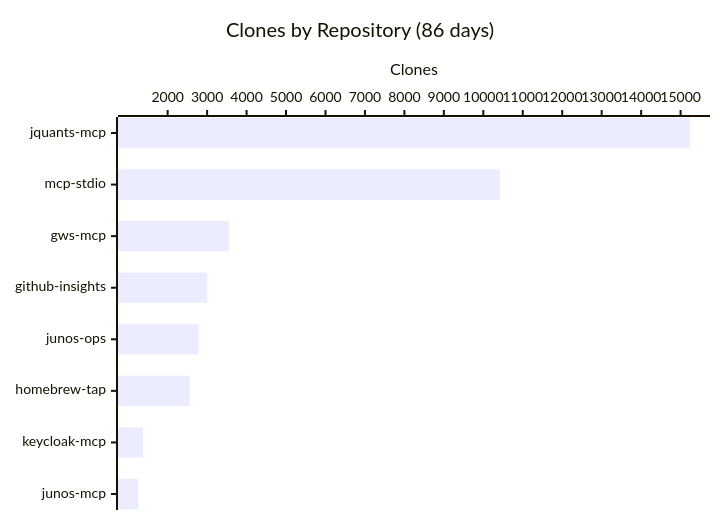
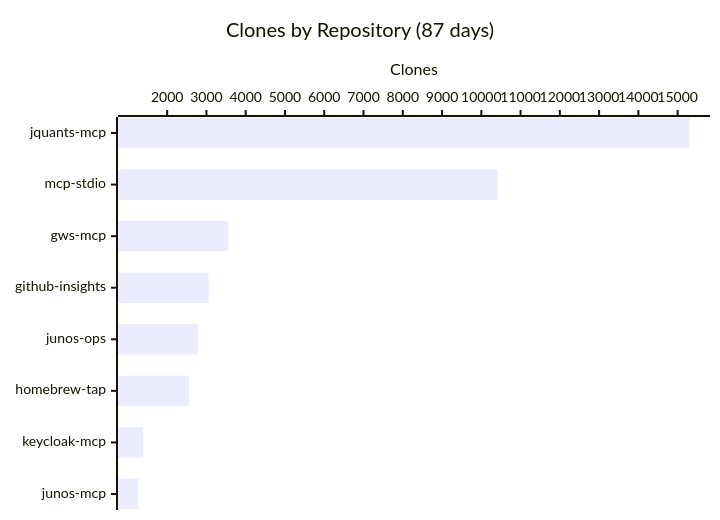
Before and after one commit to shigechika/github-insights: the third of 3 diagrams in README.md, drawn with Mermaid. The commit also changed other lines of this file and 2 other files, not shown here.

````diff
--- a/README.md
+++ b/README.md
@@ -43,7 +43,7 @@
 ```mermaid
 xychart-beta horizontal
-    title "Clones by Repository (86 days)"
+    title "Clones by Repository (87 days)"
     x-axis ["jquants-mcp", "mcp-stdio", "gws-mcp", "github-insights", "junos-ops", "homebrew-tap", "keycloak-mcp", "junos-mcp"]
     y-axis "Clones"
-    bar [15231, 10415, 3551, 3002, 2785, 2558, 1374, 1256]
+    bar [15307, 10422, 3558, 3058, 2787, 2563, 1383, 1265]
 ```
````
